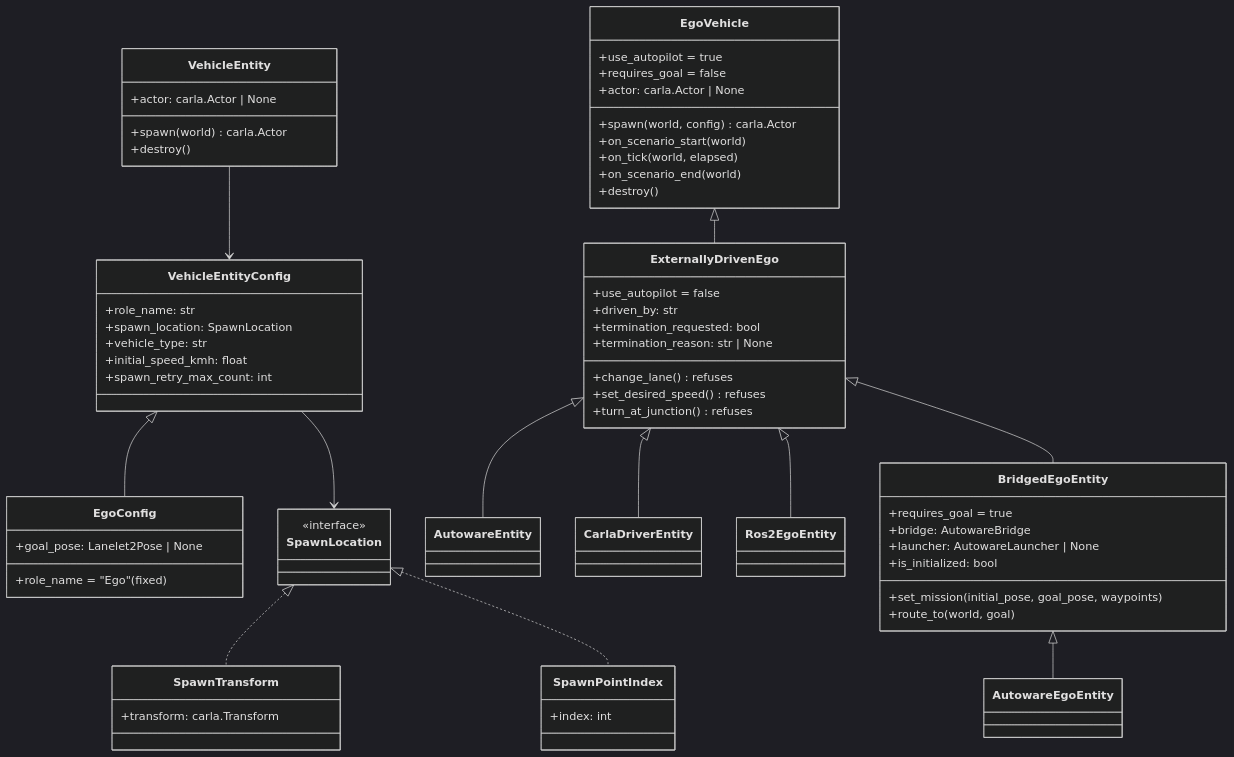
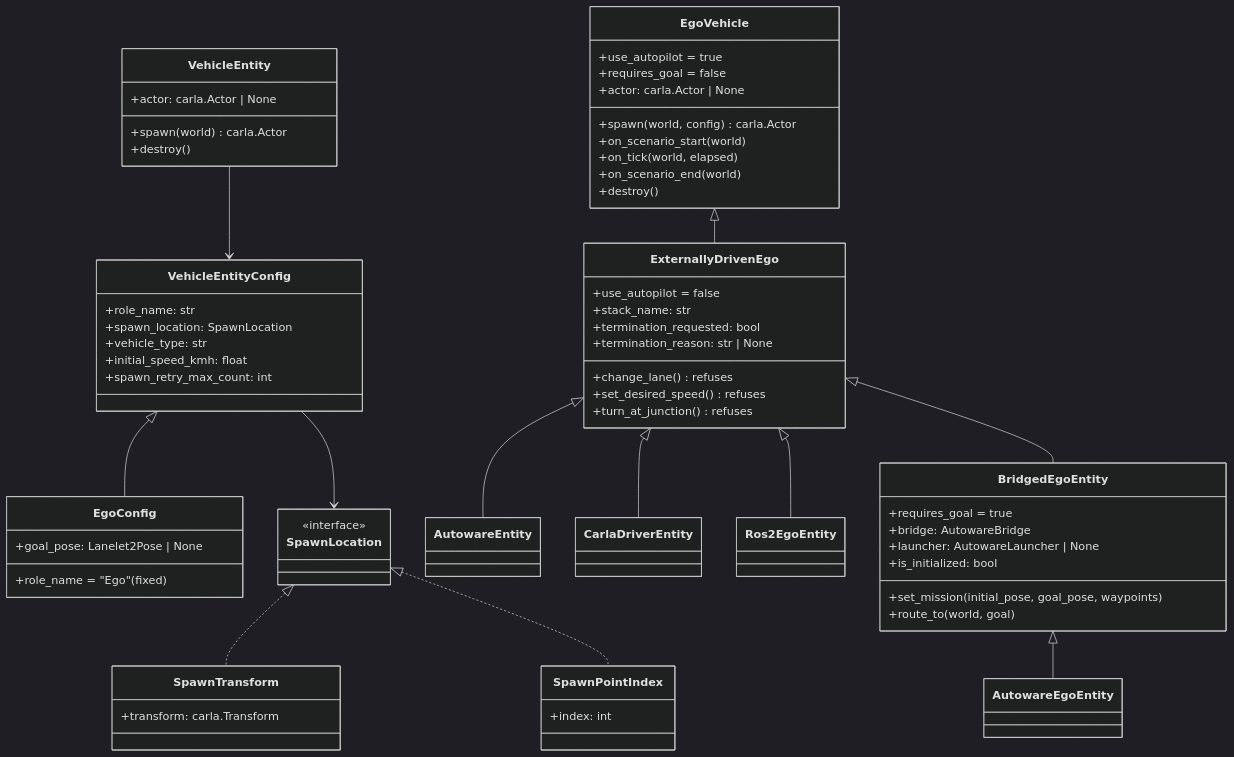
Before and after one commit to autowarefoundation/autoware_carla_scenario: diagram 12 of 14 in autoware_carla_scenario/docs/architecture.md, drawn with Mermaid (dark theme). The commit also changed 12 other files, not shown here.

```diff
--- a/autoware_carla_scenario/docs/architecture.md
+++ b/autoware_carla_scenario/docs/architecture.md
@@ -984,7 +984,7 @@
 
     class ExternallyDrivenEgo {
         +use_autopilot = false
-        +driven_by: str
+        +stack_name: str
         +termination_requested: bool
         +termination_reason: str | None
         +change_lane() refuses
```
